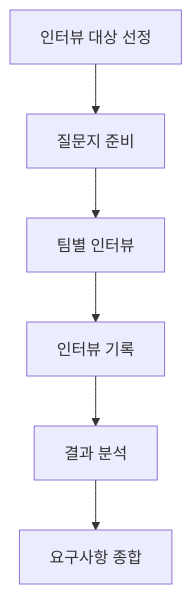
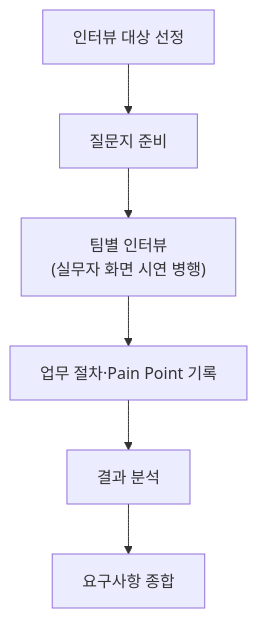
The second of 3 diagrams in src/content/docs/goodthinking-isp/02-analysis/index.md (sknkwoxs/manual-book), drawn with Mermaid before and after one commit. The commit also changed other lines of this file and 7 other files, not shown here.

````diff
--- a/src/content/docs/goodthinking-isp/02-analysis/index.md
+++ b/src/content/docs/goodthinking-isp/02-analysis/index.md
@@ -101,5 +95,5 @@
 ```mermaid
 graph TD
-    A["인터뷰 대상 선정"] --> B["질문지 준비"] --> C["팀별 인터뷰"]
-    C --> D["인터뷰 기록"] --> E["결과 분석"] --> F["요구사항 종합"]
+    A["인터뷰 대상 선정"] --> B["질문지 준비"] --> C["팀별 인터뷰<br/>(실무자 화면 시연 병행)"]
+    C --> D["업무 절차·Pain Point 기록"] --> E["결과 분석"] --> F["요구사항 종합"]
 ```
````
